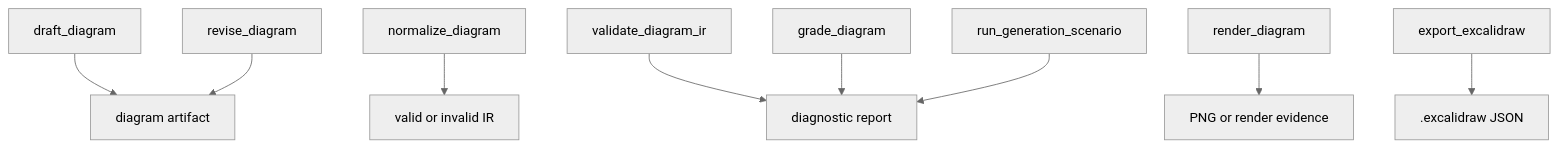
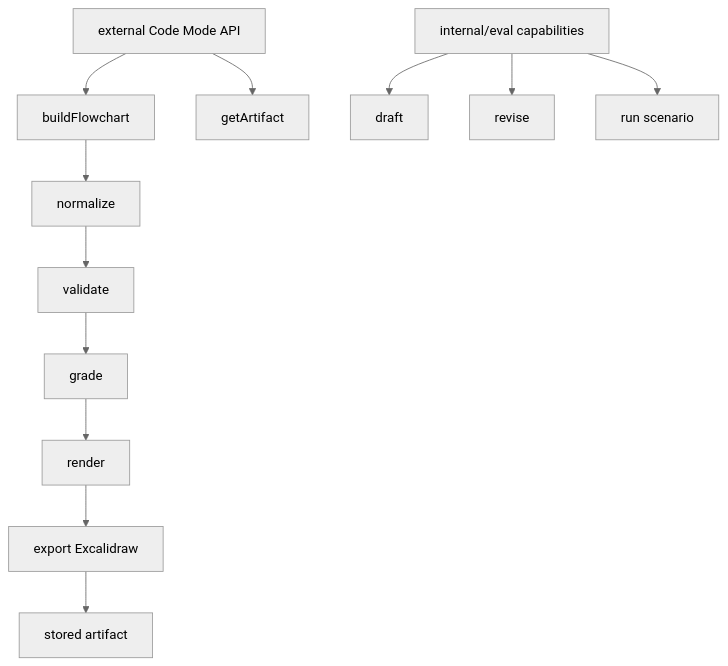
One commit to anand-testcompare/sketchi-v2-lab changed the second of 7 diagrams in docs/mcp-first-generation.md. Above: the diagram before and after it, drawn with Mermaid (neutral theme). The commit also changed other lines of this file and 1 other file, not shown here.

First line of the commit message:
docs: specify Code Mode API contract (#29)

````diff
--- a/docs/mcp-first-generation.md
+++ b/docs/mcp-first-generation.md
@@ -51,11 +53,16 @@
 ```mermaid
 flowchart TB
-  Draft["draft_diagram"] --> Artifact["diagram artifact"]
-  Revise["revise_diagram"] --> Artifact
-  Normalize["normalize_diagram"] --> IR["valid or invalid IR"]
-  Validate["validate_diagram_ir"] --> Report["diagnostic report"]
-  Grade["grade_diagram"] --> Report
-  Render["render_diagram"] --> Preview["PNG or render evidence"]
-  Export["export_excalidraw"] --> File[".excalidraw JSON"]
-  Scenario["run_generation_scenario"] --> Report
+  External["external Code Mode API"] --> Build["buildFlowchart"]
+  External --> GetArtifact["getArtifact"]
+
+  Build --> Normalize["normalize"]
+  Normalize --> Validate["validate"]
+  Validate --> Grade["grade"]
+  Grade --> Render["render"]
+  Render --> Export["export Excalidraw"]
+  Export --> Artifact["stored artifact"]
+
+  Internal["internal/eval capabilities"] --> Draft["draft"]
+  Internal --> Revise["revise"]
+  Internal --> Scenario["run scenario"]
 ```
````
